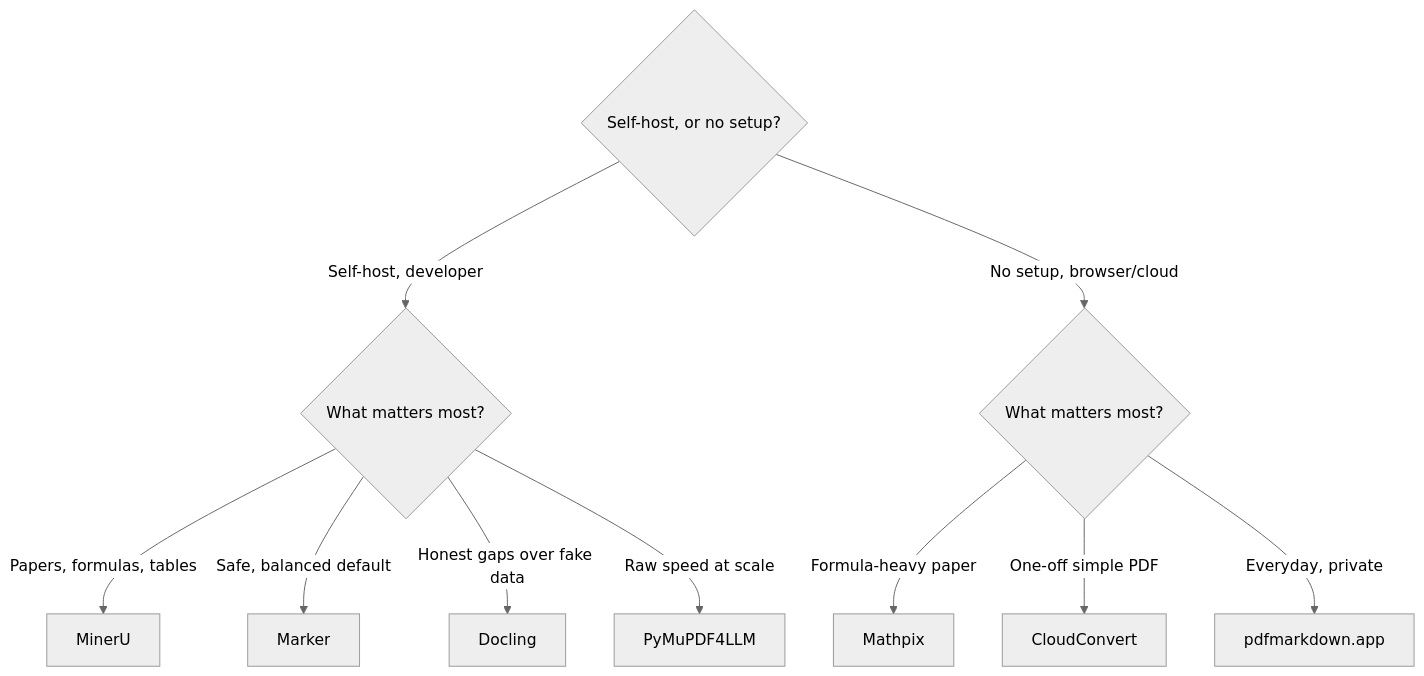
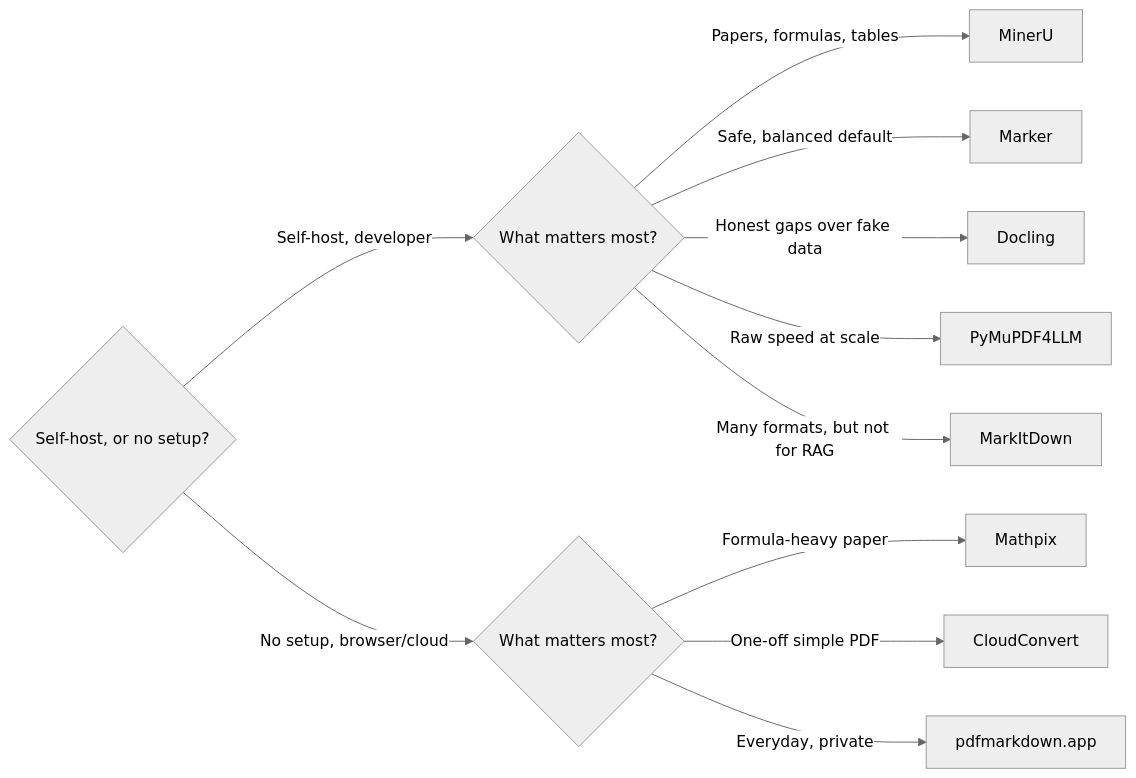
The diagram in README.md (pdfmarkdownapp/pdf-to-markdown-benchmark), drawn with Mermaid (neutral theme) before and after one commit.

Commit message:
Switch decision diagram to left-right and include MarkItDown

````diff
--- a/README.md
+++ b/README.md
@@ -34,13 +34,14 @@
 ```mermaid
-flowchart TD
+flowchart LR
     Q{Self-host, or no setup?}
     Q -->|Self-host, developer| DEV{What matters most?}
     DEV -->|Papers, formulas, tables| MinerU[MinerU]
     DEV -->|Safe, balanced default| Marker[Marker]
     DEV -->|Honest gaps over fake data| Docling[Docling]
     DEV -->|Raw speed at scale| PyMu[PyMuPDF4LLM]
+    DEV -->|Many formats, but not for RAG| MarkItDown[MarkItDown]
     Q -->|No setup, browser/cloud| HOST{What matters most?}
     HOST -->|Formula-heavy paper| Mathpix[Mathpix]
     HOST -->|One-off simple PDF| CloudConvert[CloudConvert]
     HOST -->|Everyday, private| PMA[pdfmarkdown.app]
 ```
````
